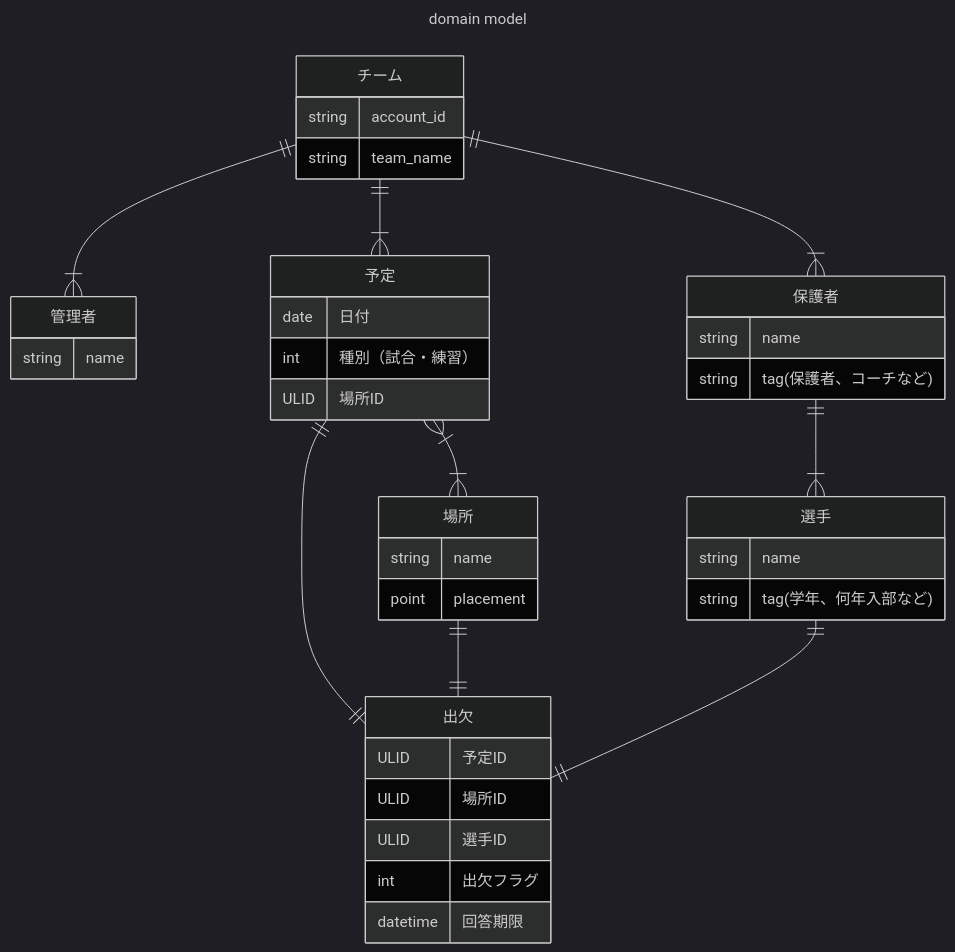
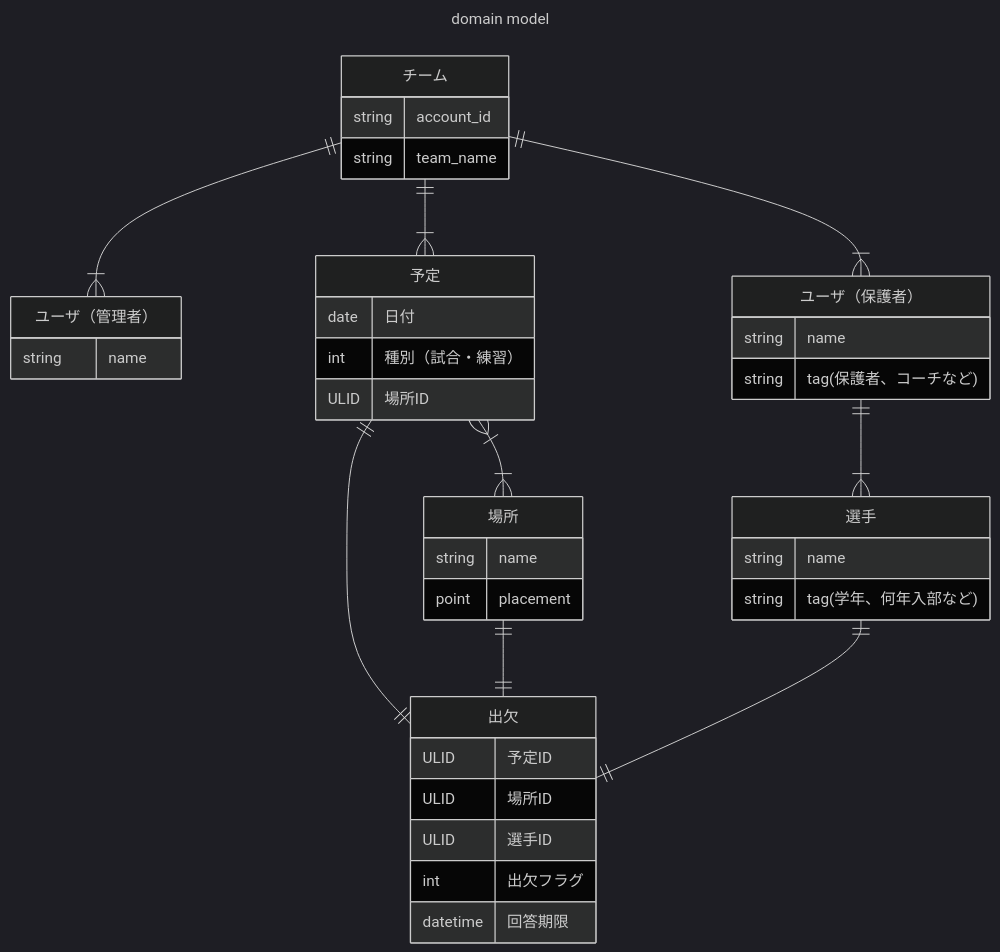
One commit to kanaria-team-manager/kanaria-apps changed the diagram in doc/domain_object.md. Above: the diagram before and after it, drawn with Mermaid (dark theme). The commit also changed 28 other files, not shown here.

````diff
--- a/doc/domain_object.md
+++ b/doc/domain_object.md
@@ -5,46 +5,46 @@
 ```mermaid
 ---
 title: domain model
 ---
 erDiagram
-    チーム ||--|{ 管理者 : ""
-    チーム ||--|{ 保護者 : ""
+    チーム ||--|{ ユーザ（管理者） : ""
+    チーム ||--|{ ユーザ（保護者） : ""
     チーム ||--|{ 予定 : ""
-    保護者 ||--|{ 選手 : ""
+    ユーザ（保護者） ||--|{ 選手 : ""
     チーム {
         string account_id
         string team_name
     }
-    管理者 {
+    ユーザ（管理者） {
         string name
     }
-    保護者 {
+    ユーザ（保護者） {
         string name
         string tag(保護者、コーチなど)
     }
     選手 {
         string name
         string tag(学年、何年入部など)
     }
     予定 {
         date 日付
         int 種別（試合・練習）
         ULID 場所ID
     }
     場所 {
         string name
         point placement
     }
     予定 }|--|{ 場所 : ""
     予定 ||--|| 出欠 : ""
     場所 ||--|| 出欠 : ""
     選手 ||--|| 出欠 : ""
 
     出欠 {
         ULID 予定ID
         ULID 場所ID
         ULID 選手ID
         int 出欠フラグ
         datetime 回答期限
     }
 ```
````
